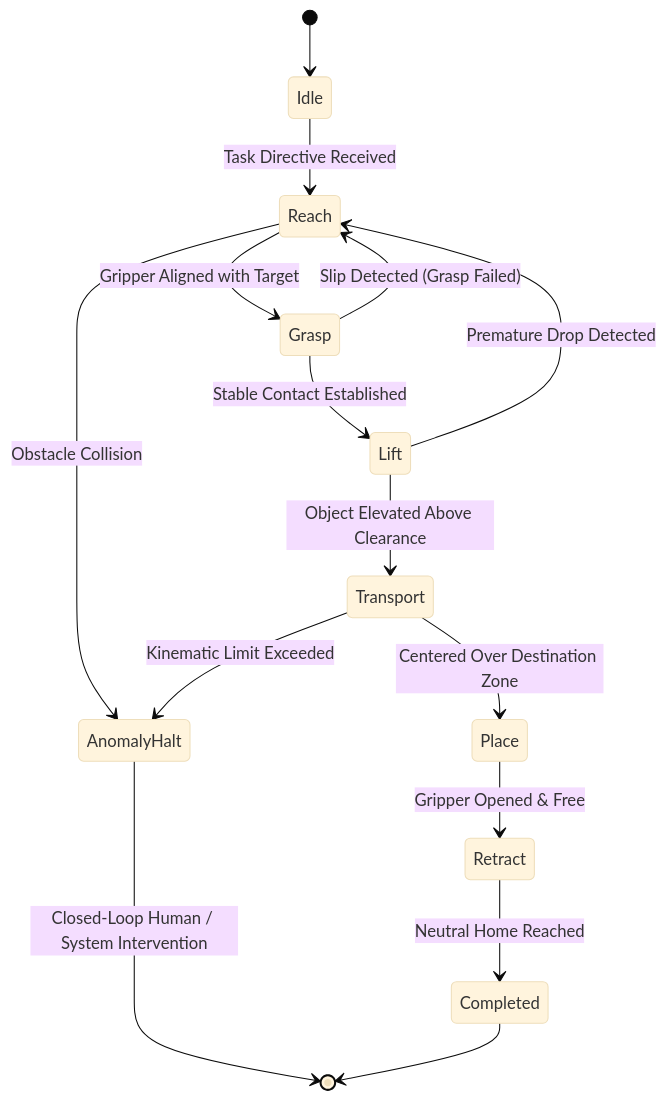
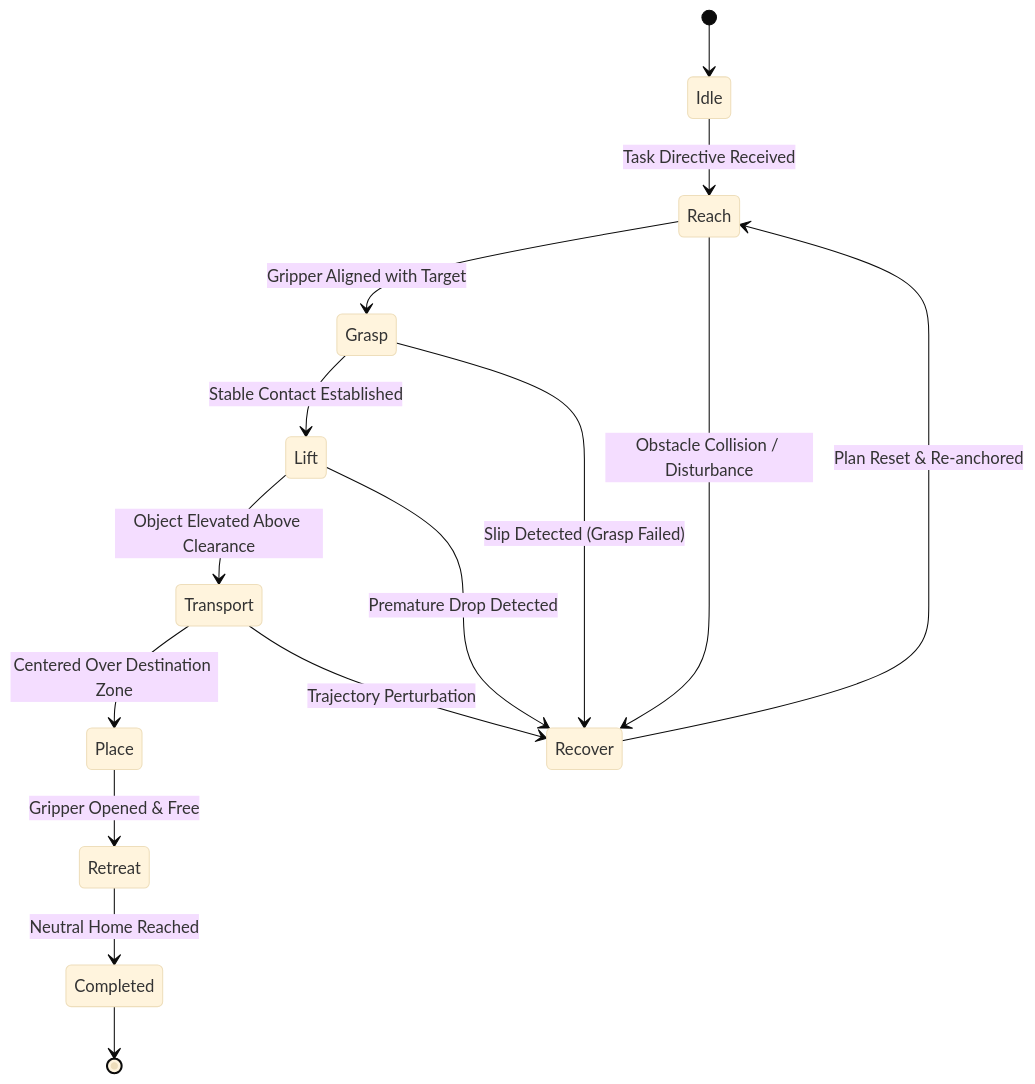
Before and after one commit to szcai1998/lerobot-agentic: the first of 2 diagrams in docs/subsystem/01_cognitive_supervisory_tier.md, drawn with Mermaid (base theme). The commit also changed other lines of this file and 18 other files, not shown here.

Commit message:
feat: implement industrial review feedback across policy, kinematics, schemas, and docs

````diff
--- a/docs/subsystem/01_cognitive_supervisory_tier.md
+++ b/docs/subsystem/01_cognitive_supervisory_tier.md
@@ -139,18 +147,18 @@
 ```mermaid
 stateDiagram-v2
     [*] --> Idle
     Idle --> Reach: Task Directive Received
     Reach --> Grasp: Gripper Aligned with Target
     Grasp --> Lift: Stable Contact Established
     Lift --> Transport: Object Elevated Above Clearance
     Transport --> Place: Centered Over Destination Zone
-    Place --> Retract: Gripper Opened & Free
-    Retract --> Completed: Neutral Home Reached
+    Place --> Retreat: Gripper Opened & Free
+    Retreat --> Completed: Neutral Home Reached
     
-    Reach --> AnomalyHalt: Obstacle Collision
-    Grasp --> Reach: Slip Detected (Grasp Failed)
-    Lift --> Reach: Premature Drop Detected
-    Transport --> AnomalyHalt: Kinematic Limit Exceeded
-    AnomalyHalt --> [*]: Closed-Loop Human / System Intervention
+    Reach --> Recover: Obstacle Collision / Disturbance
+    Grasp --> Recover: Slip Detected (Grasp Failed)
+    Lift --> Recover: Premature Drop Detected
+    Transport --> Recover: Trajectory Perturbation
+    Recover --> Reach: Plan Reset & Re-anchored
     Completed --> [*]
 ```
````
